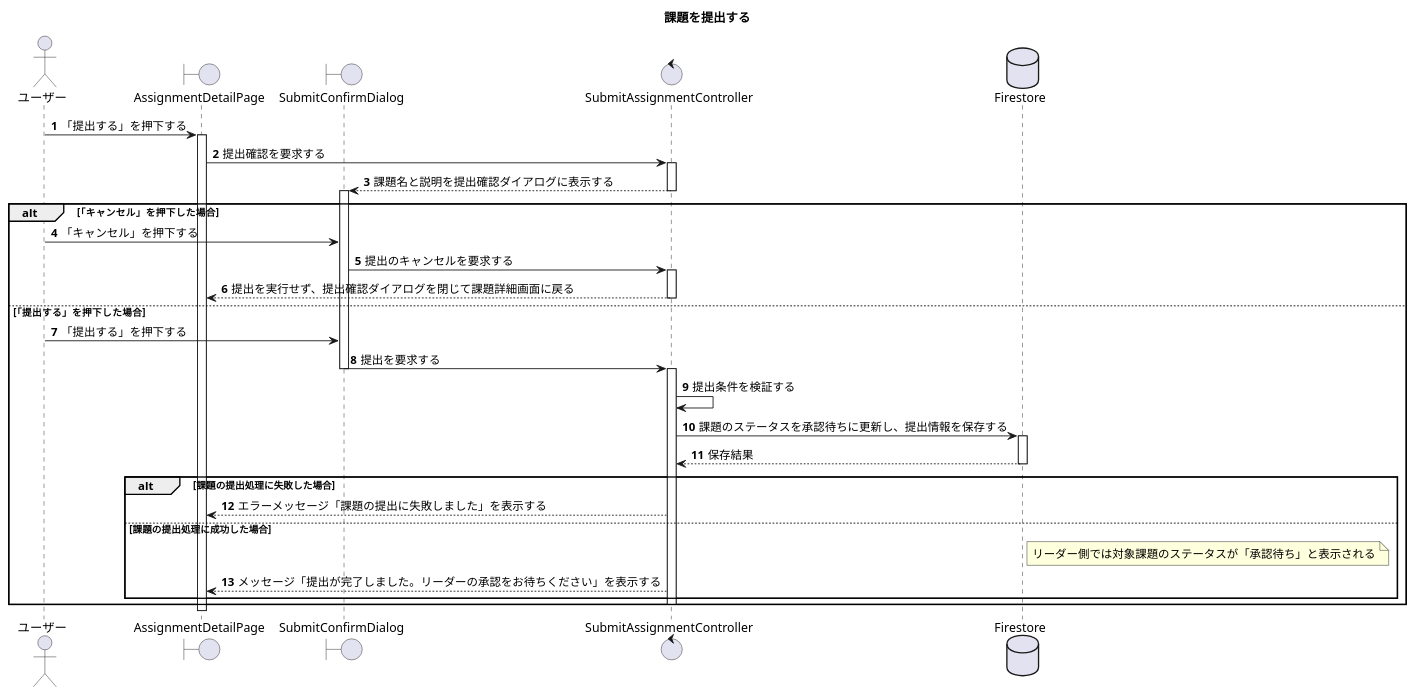
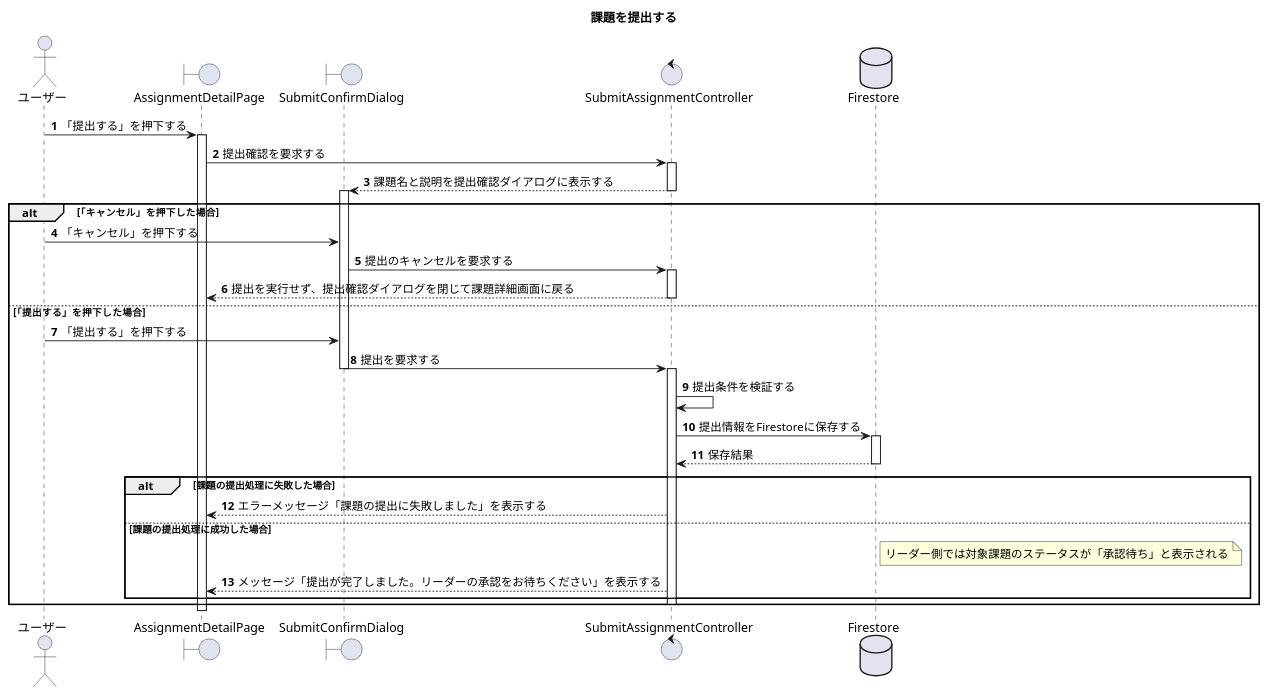
The diagram in sequense/26.submit_intask.pu (FujikawaHirono0520/teamA_graduation), drawn with PlantUML before and after one commit. The commit also changed 2 other files, not shown here.

Commit message:
シーケンス図変更

```diff
--- a/sequense/26.submit_intask.pu
+++ b/sequense/26.submit_intask.pu
@@ -1,44 +1,44 @@
 @startuml 課題を提出する
 title 課題を提出する
 autonumber
 
 actor ユーザー as User
 boundary AssignmentDetailPage
 boundary SubmitConfirmDialog
 control SubmitAssignmentController
 database Firestore
 
 User -> AssignmentDetailPage : 「提出する」を押下する
 activate AssignmentDetailPage
 AssignmentDetailPage -> SubmitAssignmentController : 提出確認を要求する
 activate SubmitAssignmentController
 SubmitAssignmentController --> SubmitConfirmDialog : 課題名と説明を提出確認ダイアログに表示する
 deactivate SubmitAssignmentController
 activate SubmitConfirmDialog
 
 alt 「キャンセル」を押下した場合
     User -> SubmitConfirmDialog : 「キャンセル」を押下する
     SubmitConfirmDialog -> SubmitAssignmentController : 提出のキャンセルを要求する
     activate SubmitAssignmentController
     SubmitAssignmentController --> AssignmentDetailPage : 提出を実行せず、提出確認ダイアログを閉じて課題詳細画面に戻る
     deactivate SubmitAssignmentController
 else 「提出する」を押下した場合
     User -> SubmitConfirmDialog : 「提出する」を押下する
     SubmitConfirmDialog -> SubmitAssignmentController : 提出を要求する
     deactivate SubmitConfirmDialog
     activate SubmitAssignmentController
     SubmitAssignmentController -> SubmitAssignmentController : 提出条件を検証する
-    SubmitAssignmentController -> Firestore : 課題のステータスを承認待ちに更新し、提出情報を保存する
+    SubmitAssignmentController -> Firestore : 提出情報をFirestoreに保存する
     activate Firestore
     return 保存結果
     alt 課題の提出処理に失敗した場合
         SubmitAssignmentController --> AssignmentDetailPage : エラーメッセージ「課題の提出に失敗しました」を表示する
     else 課題の提出処理に成功した場合
         note right of Firestore : リーダー側では対象課題のステータスが「承認待ち」と表示される
         SubmitAssignmentController --> AssignmentDetailPage : メッセージ「提出が完了しました。リーダーの承認をお待ちください」を表示する
     end
     deactivate SubmitAssignmentController
 end
 deactivate SubmitConfirmDialog
 deactivate AssignmentDetailPage
 @enduml
```
